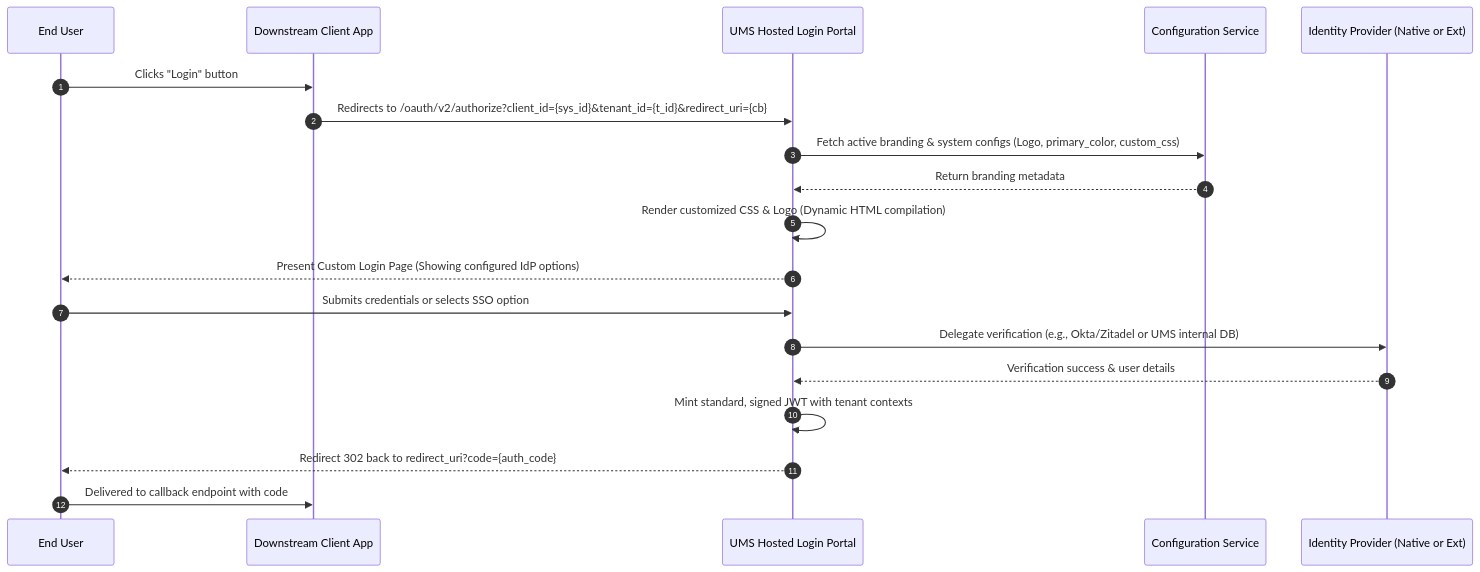
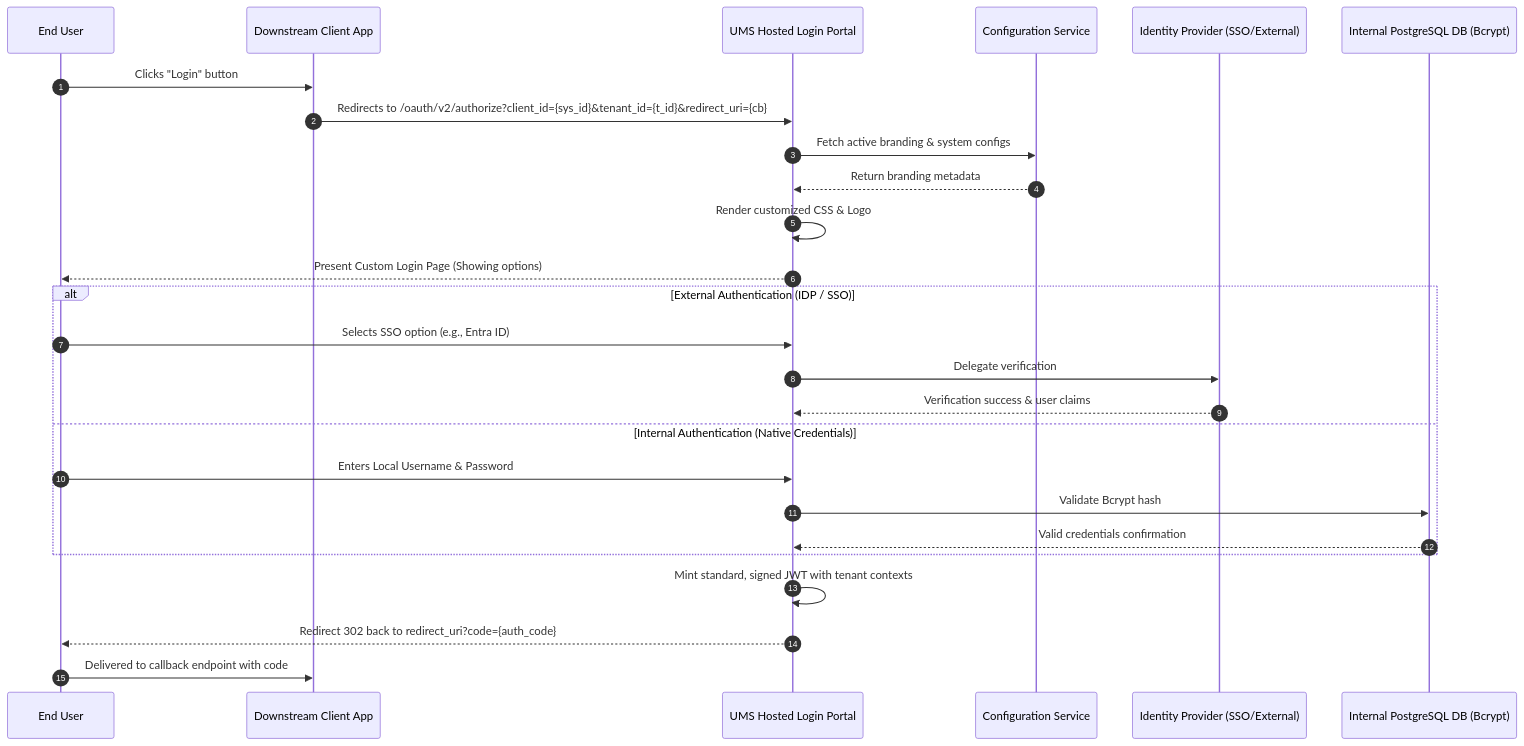
The diagram in src/ums-workspace/docs/en/01-requirements/usecases/uc-10-hosted-login-redirection.md (beyondnetcode/ums), drawn with Mermaid before and after one commit. The commit also changed 3 other files, not shown here.

Commit message:
docs: update diagrams across architecture and use cases to integrate UC-12 and explicitly branch IDP vs Native Auth

````diff
--- a/src/ums-workspace/docs/en/01-requirements/usecases/uc-10-hosted-login-redirection.md
+++ b/src/ums-workspace/docs/en/01-requirements/usecases/uc-10-hosted-login-redirection.md
@@ -20,24 +20,31 @@
 ```mermaid
 sequenceDiagram
     autonumber
     participant User as End User
     participant App as Downstream Client App
     participant HostedLogin as UMS Hosted Login Portal
     participant ConfigAPI as Configuration Service
-    participant IdP as Identity Provider (Native or Ext)
+    participant IdP as Identity Provider (SSO/External)
+    participant DB as Internal PostgreSQL DB (Bcrypt)
 
     User->>App: Clicks "Login" button
     App->>HostedLogin: Redirects to /oauth/v2/authorize?client_id={sys_id}&tenant_id={t_id}&redirect_uri={cb}
-    HostedLogin->>ConfigAPI: Fetch active branding & system configs (Logo, primary_color, custom_css)
+    HostedLogin->>ConfigAPI: Fetch active branding & system configs
     ConfigAPI-->>HostedLogin: Return branding metadata
-    HostedLogin->>HostedLogin: Render customized CSS & Logo (Dynamic HTML compilation)
-    HostedLogin-->>User: Present Custom Login Page (Showing configured IdP options)
+    HostedLogin->>HostedLogin: Render customized CSS & Logo
+    HostedLogin-->>User: Present Custom Login Page (Showing options)
     
-    User->>HostedLogin: Submits credentials or selects SSO option
-    HostedLogin->>IdP: Delegate verification (e.g., Okta/Zitadel or UMS internal DB)
-    IdP-->>HostedLogin: Verification success & user details
+    alt External Authentication (IDP / SSO)
+        User->>HostedLogin: Selects SSO option (e.g., Entra ID)
+        HostedLogin->>IdP: Delegate verification
+        IdP-->>HostedLogin: Verification success & user claims
+    else Internal Authentication (Native Credentials)
+        User->>HostedLogin: Enters Local Username & Password
+        HostedLogin->>DB: Validate Bcrypt hash
+        DB-->>HostedLogin: Valid credentials confirmation
+    end
     
     HostedLogin->>HostedLogin: Mint standard, signed JWT with tenant contexts
     HostedLogin-->>User: Redirect 302 back to redirect_uri?code={auth_code}
     User->>App: Delivered to callback endpoint with code
 ```
````
